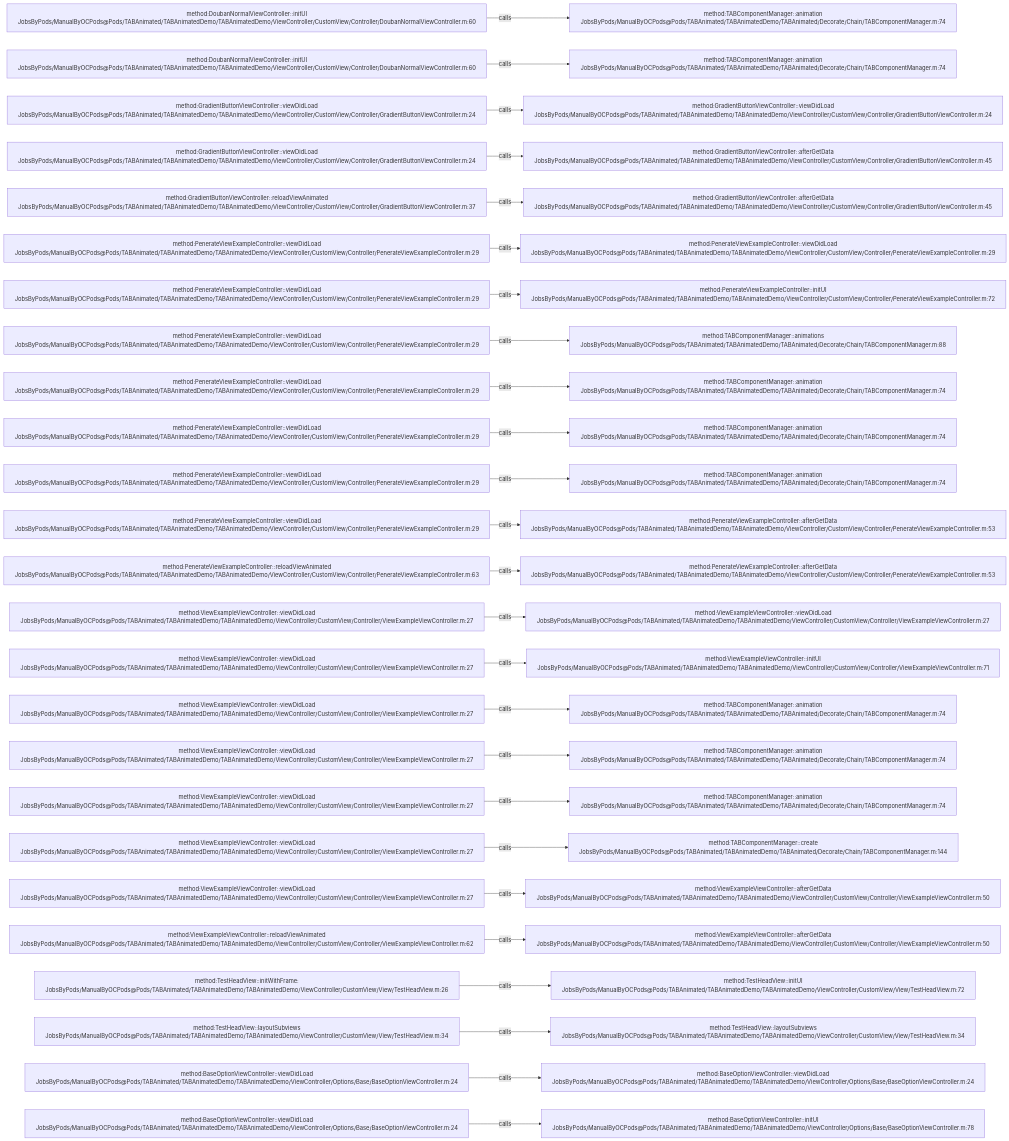
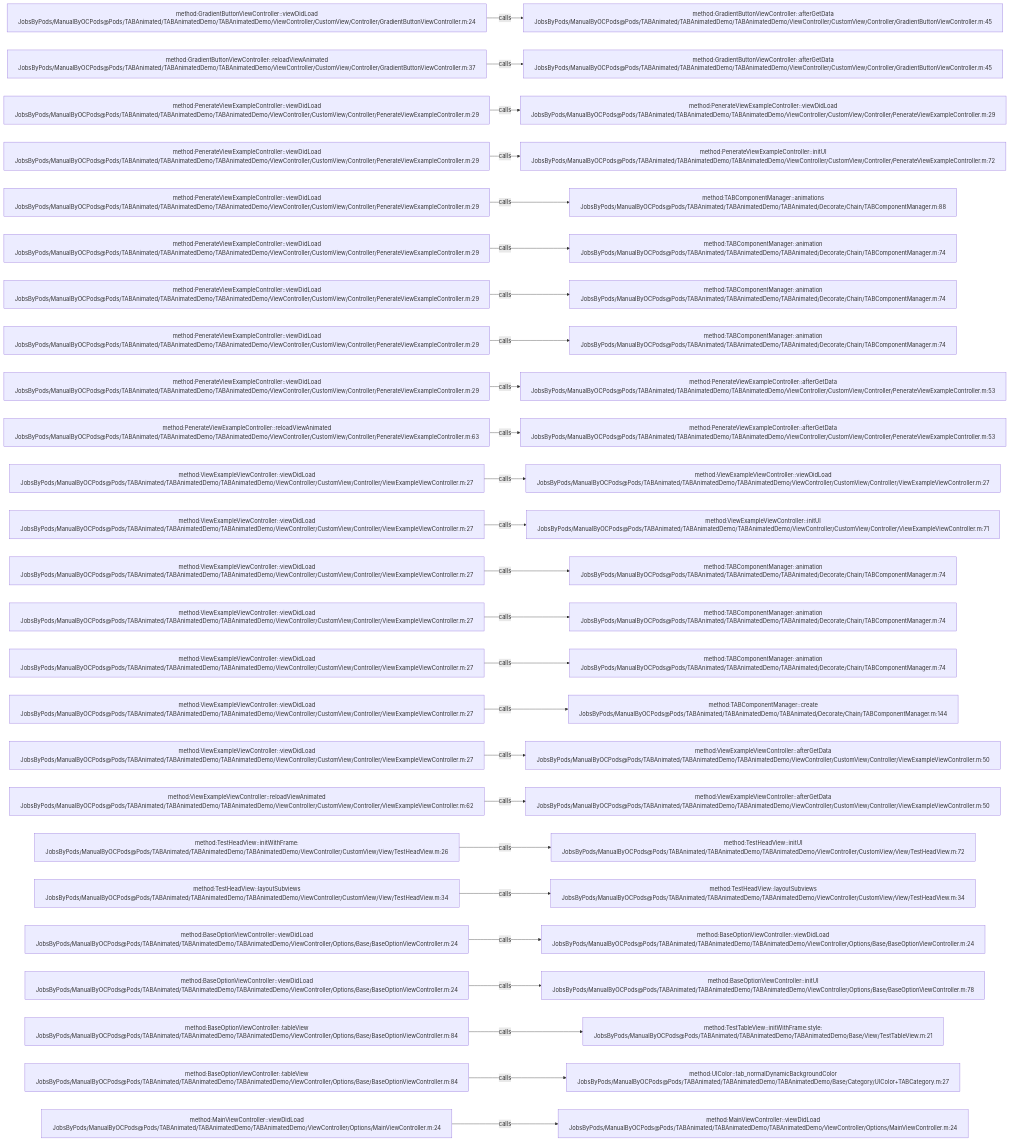
Before and after one commit to JobsKits/JobsOCBaseConfigDemo: the diagram in .codegraph/codegraph.md/graphs/calls-056.md, drawn with Mermaid. The commit also changed 342 other files, not shown here.

````diff
--- a/.codegraph/codegraph.md/graphs/calls-056.md
+++ b/.codegraph/codegraph.md/graphs/calls-056.md
@@ -13,78 +13,78 @@
 ```mermaid
 flowchart LR
-  S1["method:DoubanNormalViewController::initUI<br/>JobsByPods/ManualByOCPods@Pods/TABAnimated/TABAnimatedDemo/TABAnimatedDemo/ViewController/CustomView/Controller/DoubanNormalViewController.m:60"]
-  T1["method:TABComponentManager::animation<br/>JobsByPods/ManualByOCPods@Pods/TABAnimated/TABAnimatedDemo/TABAnimated/Decorate/Chain/TABComponentManager.m:74"]
+  S1["method:GradientButtonViewController::viewDidLoad<br/>JobsByPods/ManualByOCPods@Pods/TABAnimated/TABAnimatedDemo/TABAnimatedDemo/ViewController/CustomView/Controller/GradientButtonViewController.m:24"]
+  T1["method:GradientButtonViewController::afterGetData<br/>JobsByPods/ManualByOCPods@Pods/TABAnimated/TABAnimatedDemo/TABAnimatedDemo/ViewController/CustomView/Controller/GradientButtonViewController.m:45"]
   S1 -->|calls| T1
-  S2["method:DoubanNormalViewController::initUI<br/>JobsByPods/ManualByOCPods@Pods/TABAnimated/TABAnimatedDemo/TABAnimatedDemo/ViewController/CustomView/Controller/DoubanNormalViewController.m:60"]
-  T2["method:TABComponentManager::animation<br/>JobsByPods/ManualByOCPods@Pods/TABAnimated/TABAnimatedDemo/TABAnimated/Decorate/Chain/TABComponentManager.m:74"]
+  S2["method:GradientButtonViewController::reloadViewAnimated<br/>JobsByPods/ManualByOCPods@Pods/TABAnimated/TABAnimatedDemo/TABAnimatedDemo/ViewController/CustomView/Controller/GradientButtonViewController.m:37"]
+  T2["method:GradientButtonViewController::afterGetData<br/>JobsByPods/ManualByOCPods@Pods/TABAnimated/TABAnimatedDemo/TABAnimatedDemo/ViewController/CustomView/Controller/GradientButtonViewController.m:45"]
   S2 -->|calls| T2
-  S3["method:GradientButtonViewController::viewDidLoad<br/>JobsByPods/ManualByOCPods@Pods/TABAnimated/TABAnimatedDemo/TABAnimatedDemo/ViewController/CustomView/Controller/GradientButtonViewController.m:24"]
-  T3["method:GradientButtonViewController::viewDidLoad<br/>JobsByPods/ManualByOCPods@Pods/TABAnimated/TABAnimatedDemo/TABAnimatedDemo/ViewController/CustomView/Controller/GradientButtonViewController.m:24"]
+  S3["method:PenerateViewExampleController::viewDidLoad<br/>JobsByPods/ManualByOCPods@Pods/TABAnimated/TABAnimatedDemo/TABAnimatedDemo/ViewController/CustomView/Controller/PenerateViewExampleController.m:29"]
+  T3["method:PenerateViewExampleController::viewDidLoad<br/>JobsByPods/ManualByOCPods@Pods/TABAnimated/TABAnimatedDemo/TABAnimatedDemo/ViewController/CustomView/Controller/PenerateViewExampleController.m:29"]
   S3 -->|calls| T3
-  S4["method:GradientButtonViewController::viewDidLoad<br/>JobsByPods/ManualByOCPods@Pods/TABAnimated/TABAnimatedDemo/TABAnimatedDemo/ViewController/CustomView/Controller/GradientButtonViewController.m:24"]
-  T4["method:GradientButtonViewController::afterGetData<br/>JobsByPods/ManualByOCPods@Pods/TABAnimated/TABAnimatedDemo/TABAnimatedDemo/ViewController/CustomView/Controller/GradientButtonViewController.m:45"]
+  S4["method:PenerateViewExampleController::viewDidLoad<br/>JobsByPods/ManualByOCPods@Pods/TABAnimated/TABAnimatedDemo/TABAnimatedDemo/ViewController/CustomView/Controller/PenerateViewExampleController.m:29"]
+  T4["method:PenerateViewExampleController::initUI<br/>JobsByPods/ManualByOCPods@Pods/TABAnimated/TABAnimatedDemo/TABAnimatedDemo/ViewController/CustomView/Controller/PenerateViewExampleController.m:72"]
   S4 -->|calls| T4
-  S5["method:GradientButtonViewController::reloadViewAnimated<br/>JobsByPods/ManualByOCPods@Pods/TABAnimated/TABAnimatedDemo/TABAnimatedDemo/ViewController/CustomView/Controller/GradientButtonViewController.m:37"]
-  T5["method:GradientButtonViewController::afterGetData<br/>JobsByPods/ManualByOCPods@Pods/TABAnimated/TABAnimatedDemo/TABAnimatedDemo/ViewController/CustomView/Controller/GradientButtonViewController.m:45"]
+  S5["method:PenerateViewExampleController::viewDidLoad<br/>JobsByPods/ManualByOCPods@Pods/TABAnimated/TABAnimatedDemo/TABAnimatedDemo/ViewController/CustomView/Controller/PenerateViewExampleController.m:29"]
+  T5["method:TABComponentManager::animations<br/>JobsByPods/ManualByOCPods@Pods/TABAnimated/TABAnimatedDemo/TABAnimated/Decorate/Chain/TABComponentManager.m:88"]
   S5 -->|calls| T5
   S6["method:PenerateViewExampleController::viewDidLoad<br/>JobsByPods/ManualByOCPods@Pods/TABAnimated/TABAnimatedDemo/TABAnimatedDemo/ViewController/CustomView/Controller/PenerateViewExampleController.m:29"]
-  T6["method:PenerateViewExampleController::viewDidLoad<br/>JobsByPods/ManualByOCPods@Pods/TABAnimated/TABAnimatedDemo/TABAnimatedDemo/ViewController/CustomView/Controller/PenerateViewExampleController.m:29"]
+  T6["method:TABComponentManager::animation<br/>JobsByPods/ManualByOCPods@Pods/TABAnimated/TABAnimatedDemo/TABAnimated/Decorate/Chain/TABComponentManager.m:74"]
   S6 -->|calls| T6
   S7["method:PenerateViewExampleController::viewDidLoad<br/>JobsByPods/ManualByOCPods@Pods/TABAnimated/TABAnimatedDemo/TABAnimatedDemo/ViewController/CustomView/Controller/PenerateViewExampleController.m:29"]
-  T7["method:PenerateViewExampleController::initUI<br/>JobsByPods/ManualByOCPods@Pods/TABAnimated/TABAnimatedDemo/TABAnimatedDemo/ViewController/CustomView/Controller/PenerateViewExampleController.m:72"]
+  T7["method:TABComponentManager::animation<br/>JobsByPods/ManualByOCPods@Pods/TABAnimated/TABAnimatedDemo/TABAnimated/Decorate/Chain/TABComponentManager.m:74"]
   S7 -->|calls| T7
   S8["method:PenerateViewExampleController::viewDidLoad<br/>JobsByPods/ManualByOCPods@Pods/TABAnimated/TABAnimatedDemo/TABAnimatedDemo/ViewController/CustomView/Controller/PenerateViewExampleController.m:29"]
-  T8["method:TABComponentManager::animations<br/>JobsByPods/ManualByOCPods@Pods/TABAnimated/TABAnimatedDemo/TABAnimated/Decorate/Chain/TABComponentManager.m:88"]
+  T8["method:TABComponentManager::animation<br/>JobsByPods/ManualByOCPods@Pods/TABAnimated/TABAnimatedDemo/TABAnimated/Decorate/Chain/TABComponentManager.m:74"]
   S8 -->|calls| T8
   S9["method:PenerateViewExampleController::viewDidLoad<br/>JobsByPods/ManualByOCPods@Pods/TABAnimated/TABAnimatedDemo/TABAnimatedDemo/ViewController/CustomView/Controller/PenerateViewExampleController.m:29"]
-  T9["method:TABComponentManager::animation<br/>JobsByPods/ManualByOCPods@Pods/TABAnimated/TABAnimatedDemo/TABAnimated/Decorate/Chain/TABComponentManager.m:74"]
+  T9["method:PenerateViewExampleController::afterGetData<br/>JobsByPods/ManualByOCPods@Pods/TABAnimated/TABAnimatedDemo/TABAnimatedDemo/ViewController/CustomView/Controller/PenerateViewExampleController.m:53"]
   S9 -->|calls| T9
-  S10["method:PenerateViewExampleController::viewDidLoad<br/>JobsByPods/ManualByOCPods@Pods/TABAnimated/TABAnimatedDemo/TABAnimatedDemo/ViewController/CustomView/Controller/PenerateViewExampleController.m:29"]
-  T10["method:TABComponentManager::animation<br/>JobsByPods/ManualByOCPods@Pods/TABAnimated/TABAnimatedDemo/TABAnimated/Decorate/Chain/TABComponentManager.m:74"]
+  S10["method:PenerateViewExampleController::reloadViewAnimated<br/>JobsByPods/ManualByOCPods@Pods/TABAnimated/TABAnimatedDemo/TABAnimatedDemo/ViewController/CustomView/Controller/PenerateViewExampleController.m:63"]
+  T10["method:PenerateViewExampleController::afterGetData<br/>JobsByPods/ManualByOCPods@Pods/TABAnimated/TABAnimatedDemo/TABAnimatedDemo/ViewController/CustomView/Controller/PenerateViewExampleController.m:53"]
   S10 -->|calls| T10
-  S11["method:PenerateViewExampleController::viewDidLoad<br/>JobsByPods/ManualByOCPods@Pods/TABAnimated/TABAnimatedDemo/TABAnimatedDemo/ViewController/CustomView/Controller/PenerateViewExampleController.m:29"]
-  T11["method:TABComponentManager::animation<br/>JobsByPods/ManualByOCPods@Pods/TABAnimated/TABAnimatedDemo/TABAnimated/Decorate/Chain/TABComponentManager.m:74"]
+  S11["method:ViewExampleViewController::viewDidLoad<br/>JobsByPods/ManualByOCPods@Pods/TABAnimated/TABAnimatedDemo/TABAnimatedDemo/ViewController/CustomView/Controller/ViewExampleViewController.m:27"]
+  T11["method:ViewExampleViewController::viewDidLoad<br/>JobsByPods/ManualByOCPods@Pods/TABAnimated/TABAnimatedDemo/TABAnimatedDemo/ViewController/CustomView/Controller/ViewExampleViewController.m:27"]
   S11 -->|calls| T11
-  S12["method:PenerateViewExampleController::viewDidLoad<br/>JobsByPods/ManualByOCPods@Pods/TABAnimated/TABAnimatedDemo/TABAnimatedDemo/ViewController/CustomView/Controller/PenerateViewExampleController.m:29"]
-  T12["method:PenerateViewExampleController::afterGetData<br/>JobsByPods/ManualByOCPods@Pods/TABAnimated/TABAnimatedDemo/TABAnimatedDemo/ViewController/CustomView/Controller/PenerateViewExampleController.m:53"]
+  S12["method:ViewExampleViewController::viewDidLoad<br/>JobsByPods/ManualByOCPods@Pods/TABAnimated/TABAnimatedDemo/TABAnimatedDemo/ViewController/CustomView/Controller/ViewExampleViewController.m:27"]
+  T12["method:ViewExampleViewController::initUI<br/>JobsByPods/ManualByOCPods@Pods/TABAnimated/TABAnimatedDemo/TABAnimatedDemo/ViewController/CustomView/Controller/ViewExampleViewController.m:71"]
   S12 -->|calls| T12
-  S13["method:PenerateViewExampleController::reloadViewAnimated<br/>JobsByPods/ManualByOCPods@Pods/TABAnimated/TABAnimatedDemo/TABAnimatedDemo/ViewController/CustomView/Controller/PenerateViewExampleController.m:63"]
-  T13["method:PenerateViewExampleController::afterGetData<br/>JobsByPods/ManualByOCPods@Pods/TABAnimated/TABAnimatedDemo/TABAnimatedDemo/ViewController/CustomView/Controller/PenerateViewExampleController.m:53"]
+  S13["method:ViewExampleViewController::viewDidLoad<br/>JobsByPods/ManualByOCPods@Pods/TABAnimated/TABAnimatedDemo/TABAnimatedDemo/ViewController/CustomView/Controller/ViewExampleViewController.m:27"]
+  T13["method:TABComponentManager::animation<br/>JobsByPods/ManualByOCPods@Pods/TABAnimated/TABAnimatedDemo/TABAnimated/Decorate/Chain/TABComponentManager.m:74"]
   S13 -->|calls| T13
   S14["method:ViewExampleViewController::viewDidLoad<br/>JobsByPods/ManualByOCPods@Pods/TABAnimated/TABAnimatedDemo/TABAnimatedDemo/ViewController/CustomView/Controller/ViewExampleViewController.m:27"]
-  T14["method:ViewExampleViewController::viewDidLoad<br/>JobsByPods/ManualByOCPods@Pods/TABAnimated/TABAnimatedDemo/TABAnimatedDemo/ViewController/CustomView/Controller/ViewExampleViewController.m:27"]
+  T14["method:TABComponentManager::animation<br/>JobsByPods/ManualByOCPods@Pods/TABAnimated/TABAnimatedDemo/TABAnimated/Decorate/Chain/TABComponentManager.m:74"]
   S14 -->|calls| T14
   S15["method:ViewExampleViewController::viewDidLoad<br/>JobsByPods/ManualByOCPods@Pods/TABAnimated/TABAnimatedDemo/TABAnimatedDemo/ViewController/CustomView/Controller/ViewExampleViewController.m:27"]
-  T15["method:ViewExampleViewController::initUI<br/>JobsByPods/ManualByOCPods@Pods/TABAnimated/TABAnimatedDemo/TABAnimatedDemo/ViewController/CustomView/Controller/ViewExampleViewController.m:71"]
+  T15["method:TABComponentManager::animation<br/>JobsByPods/ManualByOCPods@Pods/TABAnimated/TABAnimatedDemo/TABAnimated/Decorate/Chain/TABComponentManager.m:74"]
   S15 -->|calls| T15
   S16["method:ViewExampleViewController::viewDidLoad<br/>JobsByPods/ManualByOCPods@Pods/TABAnimated/TABAnimatedDemo/TABAnimatedDemo/ViewController/CustomView/Controller/ViewExampleViewController.m:27"]
-  T16["method:TABComponentManager::animation<br/>JobsByPods/ManualByOCPods@Pods/TABAnimated/TABAnimatedDemo/TABAnimated/Decorate/Chain/TABComponentManager.m:74"]
+  T16["method:TABComponentManager::create<br/>JobsByPods/ManualByOCPods@Pods/TABAnimated/TABAnimatedDemo/TABAnimated/Decorate/Chain/TABComponentManager.m:144"]
   S16 -->|calls| T16
   S17["method:ViewExampleViewController::viewDidLoad<br/>JobsByPods/ManualByOCPods@Pods/TABAnimated/TABAnimatedDemo/TABAnimatedDemo/ViewController/CustomView/Controller/ViewExampleViewController.m:27"]
-  T17["method:TABComponentManager::animation<br/>JobsByPods/ManualByOCPods@Pods/TABAnimated/TABAnimatedDemo/TABAnimated/Decorate/Chain/TABComponentManager.m:74"]
+  T17["method:ViewExampleViewController::afterGetData<br/>JobsByPods/ManualByOCPods@Pods/TABAnimated/TABAnimatedDemo/TABAnimatedDemo/ViewController/CustomView/Controller/ViewExampleViewController.m:50"]
   S17 -->|calls| T17
-  S18["method:ViewExampleViewController::viewDidLoad<br/>JobsByPods/ManualByOCPods@Pods/TABAnimated/TABAnimatedDemo/TABAnimatedDemo/ViewController/CustomView/Controller/ViewExampleViewController.m:27"]
-  T18["method:TABComponentManager::animation<br/>JobsByPods/ManualByOCPods@Pods/TABAnimated/TABAnimatedDemo/TABAnimated/Decorate/Chain/TABComponentManager.m:74"]
+  S18["method:ViewExampleViewController::reloadViewAnimated<br/>JobsByPods/ManualByOCPods@Pods/TABAnimated/TABAnimatedDemo/TABAnimatedDemo/ViewController/CustomView/Controller/ViewExampleViewController.m:62"]
+  T18["method:ViewExampleViewController::afterGetData<br/>JobsByPods/ManualByOCPods@Pods/TABAnimated/TABAnimatedDemo/TABAnimatedDemo/ViewController/CustomView/Controller/ViewExampleViewController.m:50"]
   S18 -->|calls| T18
-  S19["method:ViewExampleViewController::viewDidLoad<br/>JobsByPods/ManualByOCPods@Pods/TABAnimated/TABAnimatedDemo/TABAnimatedDemo/ViewController/CustomView/Controller/ViewExampleViewController.m:27"]
-  T19["method:TABComponentManager::create<br/>JobsByPods/ManualByOCPods@Pods/TABAnimated/TABAnimatedDemo/TABAnimated/Decorate/Chain/TABComponentManager.m:144"]
+  S19["method:TestHeadView::initWithFrame:<br/>JobsByPods/ManualByOCPods@Pods/TABAnimated/TABAnimatedDemo/TABAnimatedDemo/ViewController/CustomView/View/TestHeadView.m:26"]
+  T19["method:TestHeadView::initUI<br/>JobsByPods/ManualByOCPods@Pods/TABAnimated/TABAnimatedDemo/TABAnimatedDemo/ViewController/CustomView/View/TestHeadView.m:72"]
   S19 -->|calls| T19
-  S20["method:ViewExampleViewController::viewDidLoad<br/>JobsByPods/ManualByOCPods@Pods/TABAnimated/TABAnimatedDemo/TABAnimatedDemo/ViewController/CustomView/Controller/ViewExampleViewController.m:27"]
-  T20["method:ViewExampleViewController::afterGetData<br/>JobsByPods/ManualByOCPods@Pods/TABAnimated/TABAnimatedDemo/TABAnimatedDemo/ViewController/CustomView/Controller/ViewExampleViewController.m:50"]
+  S20["method:TestHeadView::layoutSubviews<br/>JobsByPods/ManualByOCPods@Pods/TABAnimated/TABAnimatedDemo/TABAnimatedDemo/ViewController/CustomView/View/TestHeadView.m:34"]
+  T20["method:TestHeadView::layoutSubviews<br/>JobsByPods/ManualByOCPods@Pods/TABAnimated/TABAnimatedDemo/TABAnimatedDemo/ViewController/CustomView/View/TestHeadView.m:34"]
   S20 -->|calls| T20
-  S21["method:ViewExampleViewController::reloadViewAnimated<br/>JobsByPods/ManualByOCPods@Pods/TABAnimated/TABAnimatedDemo/TABAnimatedDemo/ViewController/CustomView/Controller/ViewExampleViewController.m:62"]
-  T21["method:ViewExampleViewController::afterGetData<br/>JobsByPods/ManualByOCPods@Pods/TABAnimated/TABAnimatedDemo/TABAnimatedDemo/ViewController/CustomView/Controller/ViewExampleViewController.m:50"]
+  S21["method:BaseOptionViewController::viewDidLoad<br/>JobsByPods/ManualByOCPods@Pods/TABAnimated/TABAnimatedDemo/TABAnimatedDemo/ViewController/Options/Base/BaseOptionViewController.m:24"]
+  T21["method:BaseOptionViewController::viewDidLoad<br/>JobsByPods/ManualByOCPods@Pods/TABAnimated/TABAnimatedDemo/TABAnimatedDemo/ViewController/Options/Base/BaseOptionViewController.m:24"]
   S21 -->|calls| T21
-  S22["method:TestHeadView::initWithFrame:<br/>JobsByPods/ManualByOCPods@Pods/TABAnimated/TABAnimatedDemo/TABAnimatedDemo/ViewController/CustomView/View/TestHeadView.m:26"]
-  T22["method:TestHeadView::initUI<br/>JobsByPods/ManualByOCPods@Pods/TABAnimated/TABAnimatedDemo/TABAnimatedDemo/ViewController/CustomView/View/TestHeadView.m:72"]
+  S22["method:BaseOptionViewController::viewDidLoad<br/>JobsByPods/ManualByOCPods@Pods/TABAnimated/TABAnimatedDemo/TABAnimatedDemo/ViewController/Options/Base/BaseOptionViewController.m:24"]
+  T22["method:BaseOptionViewController::initUI<br/>JobsByPods/ManualByOCPods@Pods/TABAnimated/TABAnimatedDemo/TABAnimatedDemo/ViewController/Options/Base/BaseOptionViewController.m:78"]
   S22 -->|calls| T22
-  S23["method:TestHeadView::layoutSubviews<br/>JobsByPods/ManualByOCPods@Pods/TABAnimated/TABAnimatedDemo/TABAnimatedDemo/ViewController/CustomView/View/TestHeadView.m:34"]
-  T23["method:TestHeadView::layoutSubviews<br/>JobsByPods/ManualByOCPods@Pods/TABAnimated/TABAnimatedDemo/TABAnimatedDemo/ViewController/CustomView/View/TestHeadView.m:34"]
+  S23["method:BaseOptionViewController::tableView<br/>JobsByPods/ManualByOCPods@Pods/TABAnimated/TABAnimatedDemo/TABAnimatedDemo/ViewController/Options/Base/BaseOptionViewController.m:84"]
+  T23["method:TestTableView::initWithFrame:style:<br/>JobsByPods/ManualByOCPods@Pods/TABAnimated/TABAnimatedDemo/TABAnimatedDemo/Base/View/TestTableView.m:21"]
   S23 -->|calls| T23
-  S24["method:BaseOptionViewController::viewDidLoad<br/>JobsByPods/ManualByOCPods@Pods/TABAnimated/TABAnimatedDemo/TABAnimatedDemo/ViewController/Options/Base/BaseOptionViewController.m:24"]
-  T24["method:BaseOptionViewController::viewDidLoad<br/>JobsByPods/ManualByOCPods@Pods/TABAnimated/TABAnimatedDemo/TABAnimatedDemo/ViewController/Options/Base/BaseOptionViewController.m:24"]
+  S24["method:BaseOptionViewController::tableView<br/>JobsByPods/ManualByOCPods@Pods/TABAnimated/TABAnimatedDemo/TABAnimatedDemo/ViewController/Options/Base/BaseOptionViewController.m:84"]
+  T24["method:UIColor::tab_normalDynamicBackgroundColor<br/>JobsByPods/ManualByOCPods@Pods/TABAnimated/TABAnimatedDemo/TABAnimatedDemo/Base/Category/UIColor+TABCategory.m:27"]
   S24 -->|calls| T24
-  S25["method:BaseOptionViewController::viewDidLoad<br/>JobsByPods/ManualByOCPods@Pods/TABAnimated/TABAnimatedDemo/TABAnimatedDemo/ViewController/Options/Base/BaseOptionViewController.m:24"]
-  T25["method:BaseOptionViewController::initUI<br/>JobsByPods/ManualByOCPods@Pods/TABAnimated/TABAnimatedDemo/TABAnimatedDemo/ViewController/Options/Base/BaseOptionViewController.m:78"]
+  S25["method:MainViewController::viewDidLoad<br/>JobsByPods/ManualByOCPods@Pods/TABAnimated/TABAnimatedDemo/TABAnimatedDemo/ViewController/Options/MainViewController.m:24"]
+  T25["method:MainViewController::viewDidLoad<br/>JobsByPods/ManualByOCPods@Pods/TABAnimated/TABAnimatedDemo/TABAnimatedDemo/ViewController/Options/MainViewController.m:24"]
   S25 -->|calls| T25
 ```
````
